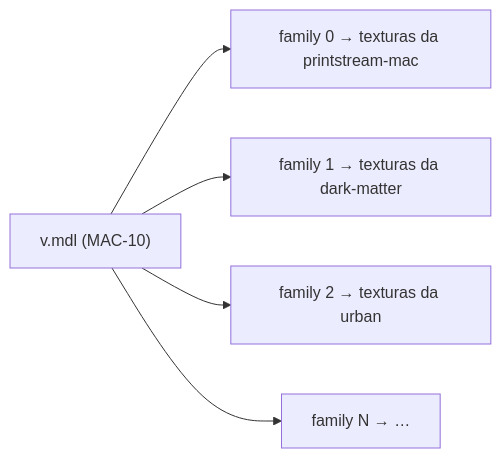
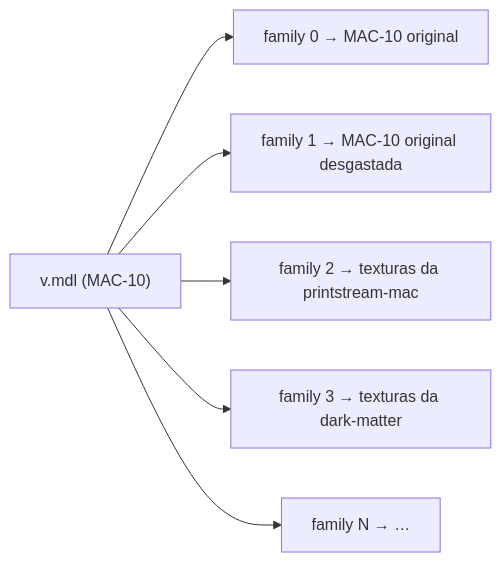
The diagram in docs/weapon-skins/02-assets.pt.md (altair-sossai/l4d2-zone-server), drawn with Mermaid before and after one commit. The commit also changed other lines of this file and 14 other files, not shown here.

````diff
--- a/docs/weapon-skins/02-assets.pt.md
+++ b/docs/weapon-skins/02-assets.pt.md
@@ -59,7 +70,8 @@
 ```mermaid
 flowchart LR
-    M["v.mdl (MAC-10)"] --> F0["family 0 → texturas da printstream-mac"]
-    M --> F1["family 1 → texturas da dark-matter"]
-    M --> F2["family 2 → texturas da urban"]
+    M["v.mdl (MAC-10)"] --> S0["family 0 → MAC-10 original"]
+    M --> S1["family 1 → MAC-10 original desgastada"]
+    M --> F2["family 2 → texturas da printstream-mac"]
+    M --> F3["family 3 → texturas da dark-matter"]
     M --> FN["family N → …"]
 ```
````
